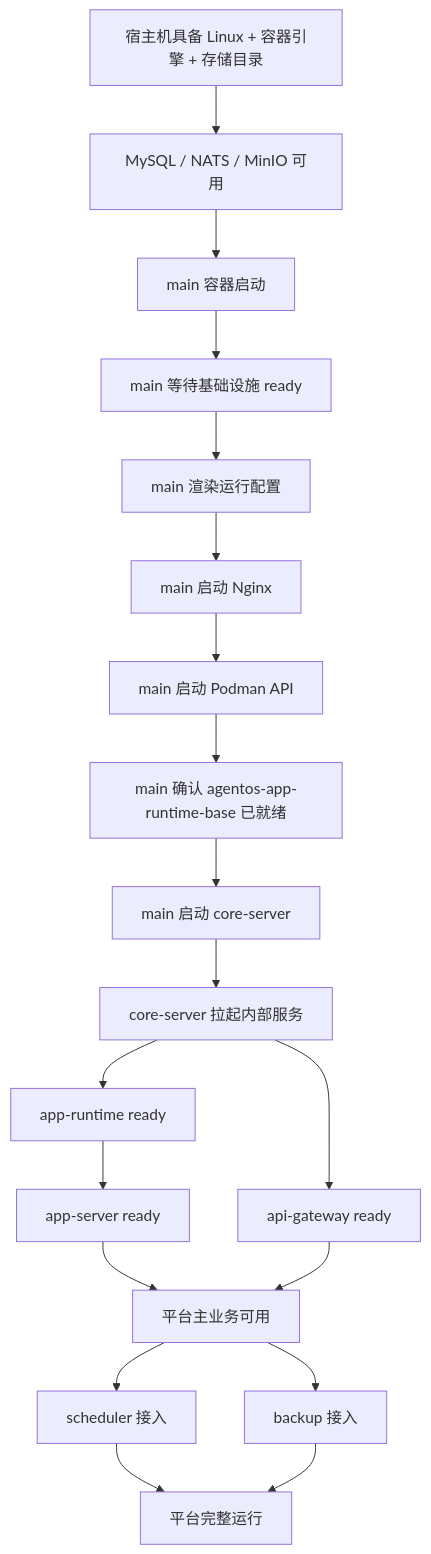
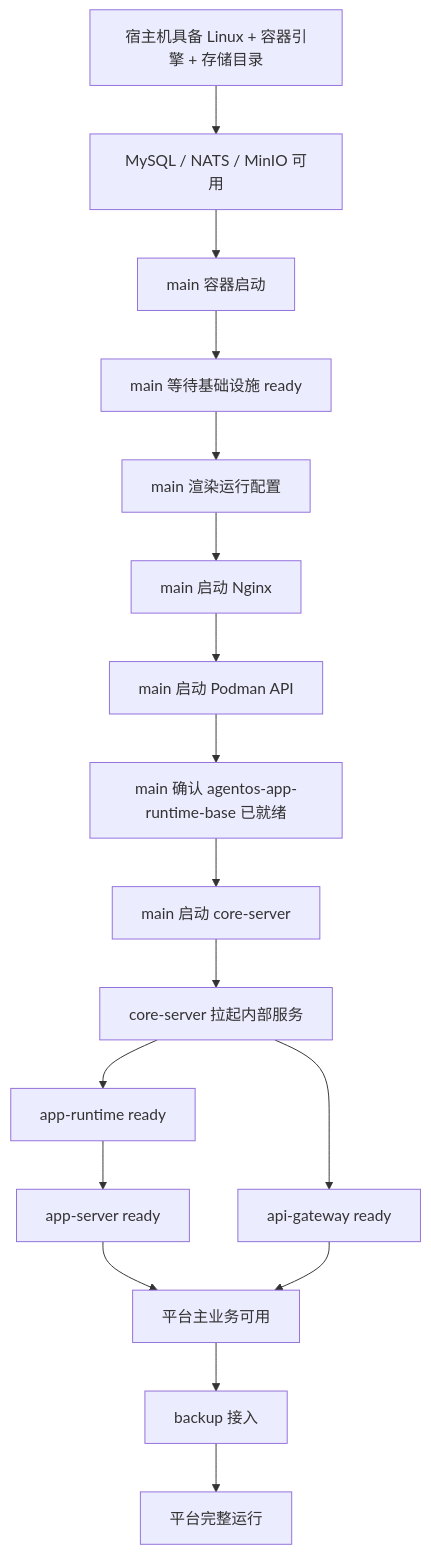
Before and after one commit to kageos/kageos: the fourth of 6 diagrams in deploy/prod/DEPLOYMENT_FLOW.md, drawn with Mermaid. The commit also changed other lines of this file and 276 other files, not shown here.

````diff
--- a/deploy/prod/DEPLOYMENT_FLOW.md
+++ b/deploy/prod/DEPLOYMENT_FLOW.md
@@ -288,21 +278,19 @@
 ```mermaid
 flowchart TD
     A[宿主机具备 Linux + 容器引擎 + 存储目录] --> B[MySQL / NATS / MinIO 可用]
     B --> C[main 容器启动]
     C --> D[main 等待基础设施 ready]
     D --> E[main 渲染运行配置]
     E --> F[main 启动 Nginx]
     F --> G[main 启动 Podman API]
     G --> H[main 确认 agentos-app-runtime-base 已就绪]
     H --> I[main 启动 core-server]
     I --> J[core-server 拉起内部服务]
     J --> K[app-runtime ready]
     K --> L[app-server ready]
     J --> M[api-gateway ready]
     L --> N[平台主业务可用]
     M --> N
-    N --> O[scheduler 接入]
-    N --> P[backup 接入]
-    O --> Q[平台完整运行]
-    P --> Q
+    N --> O[backup 接入]
+    O --> P[平台完整运行]
 ```
````
